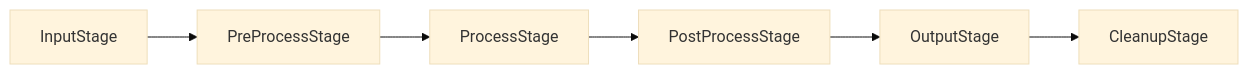
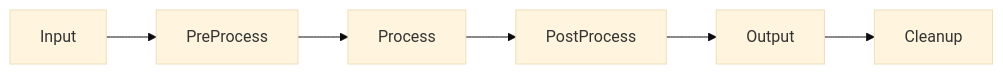
Before and after one commit to Bappoz/perceptor: the diagram in website/docs/conceitos/pipeline-e-stages.md, drawn with Mermaid (base theme). The commit also changed other lines of this file and 23 other files, not shown here.

````diff
--- a/website/docs/conceitos/pipeline-e-stages.md
+++ b/website/docs/conceitos/pipeline-e-stages.md
@@ -11,4 +11,4 @@
 ```mermaid
 flowchart LR
-    I[InputStage] --> P[PreProcessStage] --> C[ProcessStage] --> O[PostProcessStage] --> S[OutputStage] --> L[CleanupStage]
+    I[Input] --> P[PreProcess] --> C[Process] --> O[PostProcess] --> S[Output] --> L[Cleanup]
 ```
````
